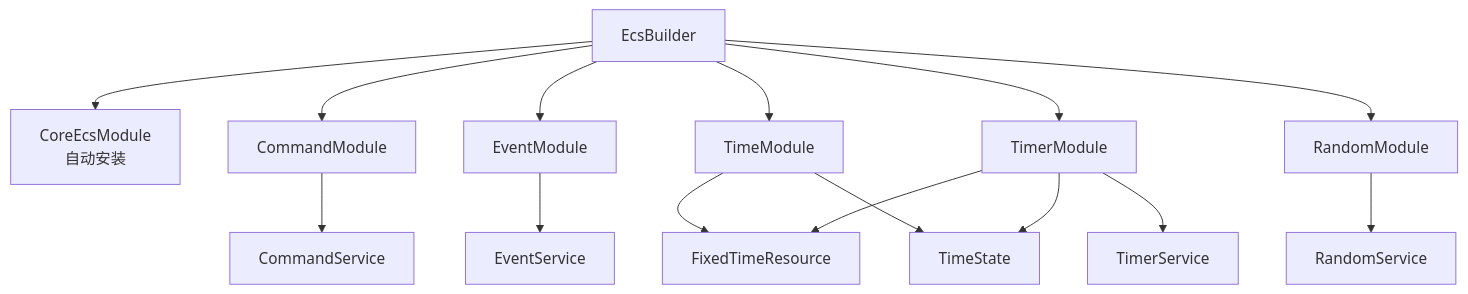
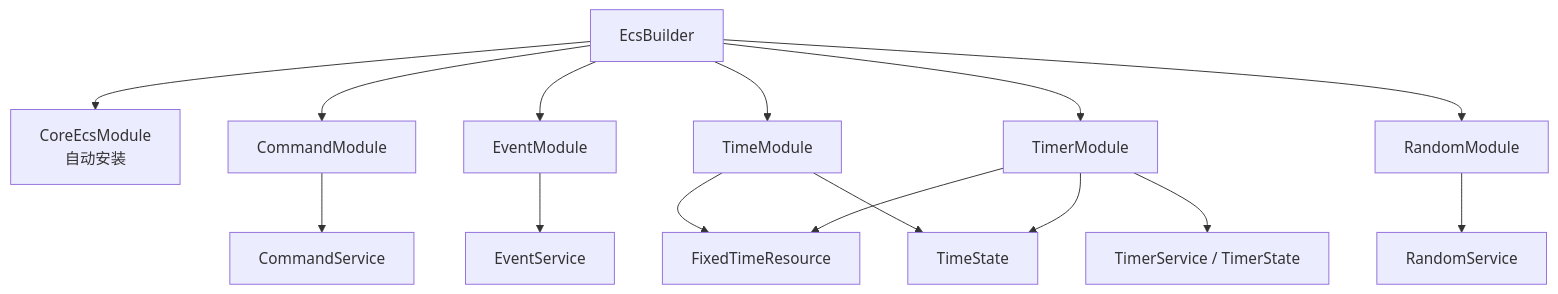
Diagram 11 of 12 in docs/architecture.md (465089258/zero-ecs), drawn with Mermaid before and after one commit. The commit also changed other lines of this file and 122 other files, not shown here.

````diff
--- a/docs/architecture.md
+++ b/docs/architecture.md
@@ -277,18 +286,18 @@
 ```mermaid
 flowchart TB
     Builder["EcsBuilder"] --> Core["CoreEcsModule<br/>自动安装"]
     Builder --> Commands["CommandModule"]
     Builder --> Event["EventModule"]
     Builder --> Time["TimeModule"]
     Builder --> Timer["TimerModule"]
     Builder --> Random["RandomModule"]
 
     Time --> FixedTime["FixedTimeResource"]
     Time --> TimeState["TimeState"]
     Timer --> FixedTime
     Timer --> TimeState
-    Timer --> TimerService["TimerService"]
+    Timer --> TimerService["TimerService / TimerState"]
     Commands --> CommandsService["CommandService"]
     Event --> EventsService["EventService"]
     Random --> RandomService["RandomService"]
 ```
````
